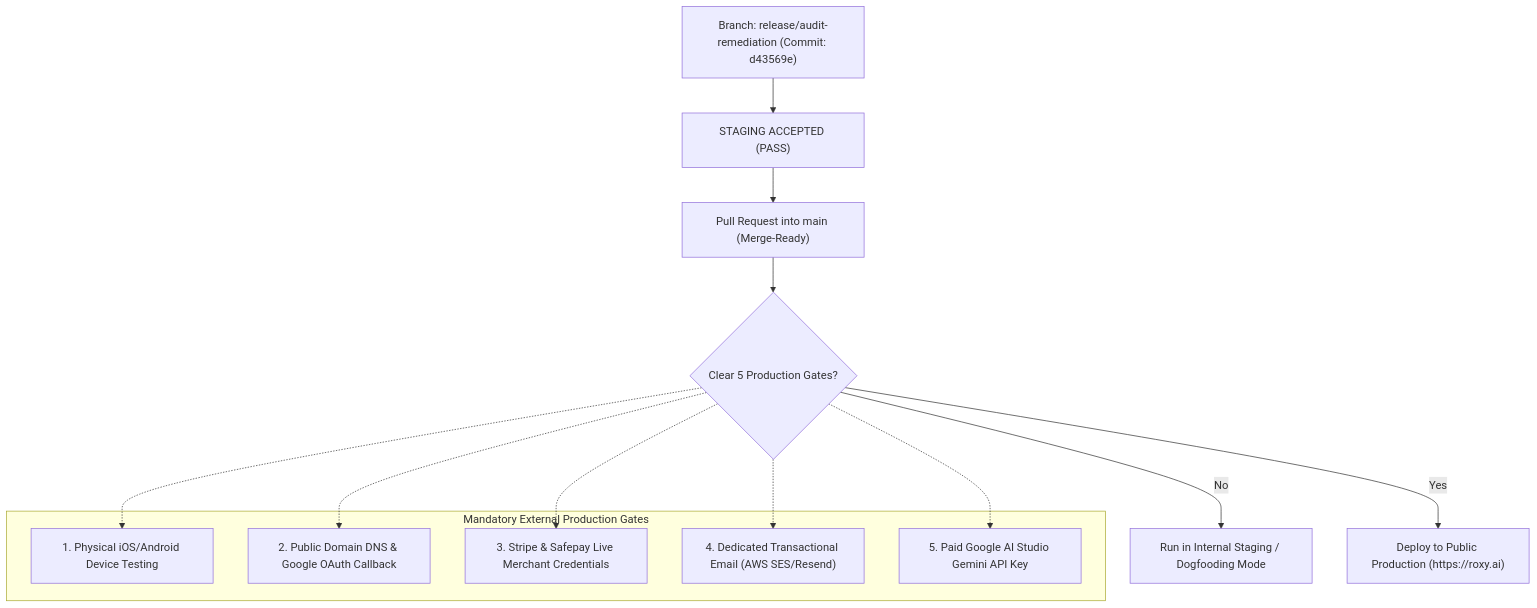
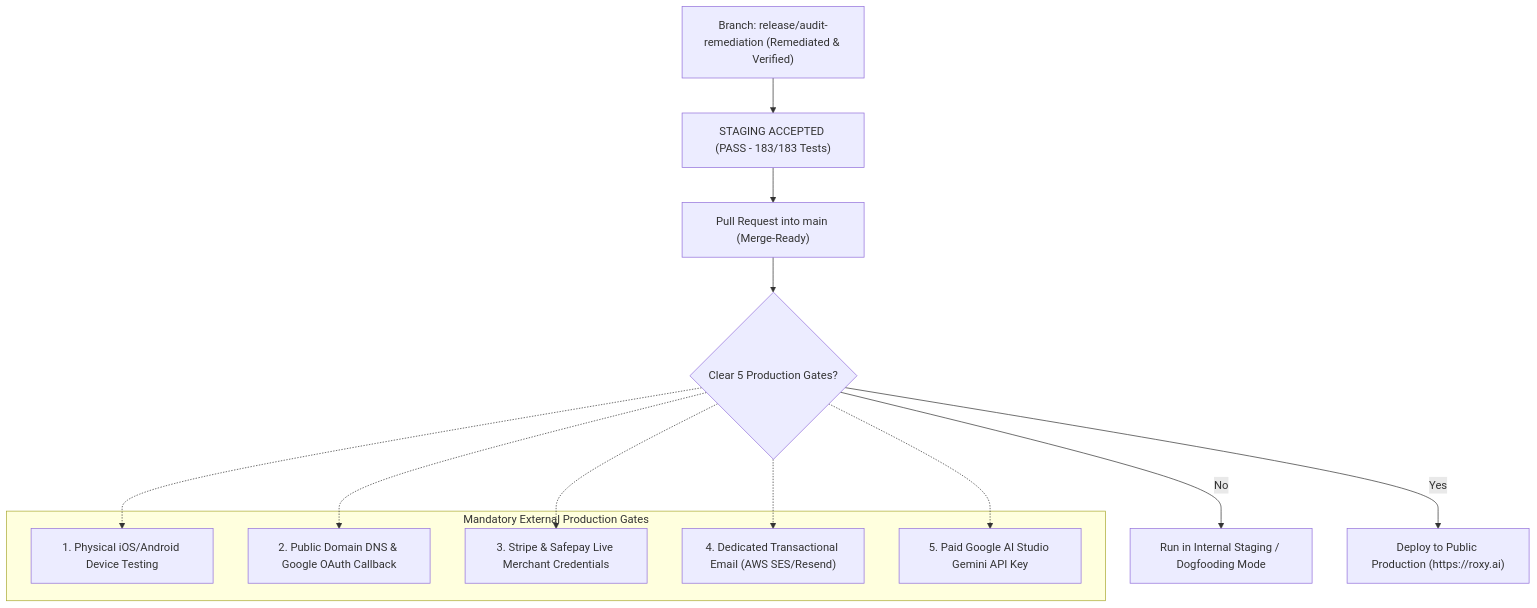
One commit to roxyross/alibaba-ai-hacathon-chatbot changed the diagram in ROXY_CONSOLIDATED_FINAL_LAUNCH_CERTIFICATION.md. Above: the diagram before and after it, drawn with Mermaid. The commit also changed other lines of this file and 25 other files, not shown here.

````diff
--- a/ROXY_CONSOLIDATED_FINAL_LAUNCH_CERTIFICATION.md
+++ b/ROXY_CONSOLIDATED_FINAL_LAUNCH_CERTIFICATION.md
@@ -63,22 +62,22 @@
 ```mermaid
 graph TD
-    A["Branch: release/audit-remediation (Commit: d43569e)"] --> B["STAGING ACCEPTED (PASS)"]
+    A["Branch: release/audit-remediation (Remediated & Verified)"] --> B["STAGING ACCEPTED (PASS - 183/183 Tests)"]
     B --> C["Pull Request into main (Merge-Ready)"]
     C --> D{"Clear 5 Production Gates?"}
     D -- "No" --> E["Run in Internal Staging / Dogfooding Mode"]
     D -- "Yes" --> F["Deploy to Public Production (https://roxy.ai)"]
     
     subgraph "Mandatory External Production Gates"
         G1["1. Physical iOS/Android Device Testing"]
         G2["2. Public Domain DNS & Google OAuth Callback"]
         G3["3. Stripe & Safepay Live Merchant Credentials"]
         G4["4. Dedicated Transactional Email (AWS SES/Resend)"]
         G5["5. Paid Google AI Studio Gemini API Key"]
     end
     
     D -.-> G1
     D -.-> G2
     D -.-> G3
     D -.-> G4
     D -.-> G5
 ```
````
